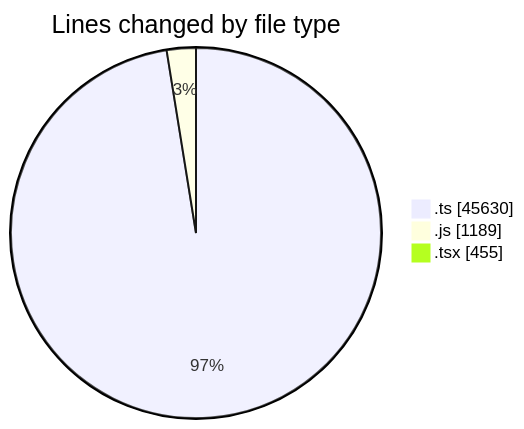
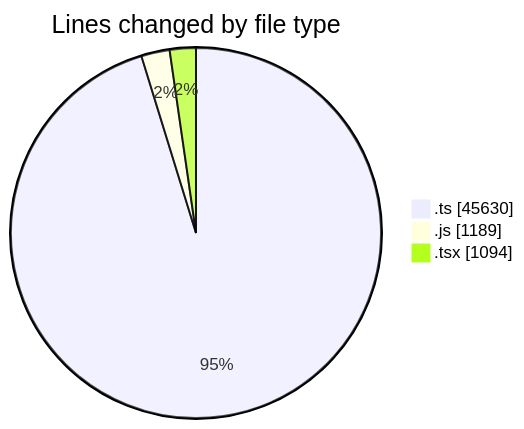
The first of 2 diagrams in 2026-11-03/cda/README.md (momahboobian/code-tracking), drawn with Mermaid before and after one commit. The commit also changed other lines of this file and 1 other file, not shown here.

````diff
--- a/2026-11-03/cda/README.md
+++ b/2026-11-03/cda/README.md
@@ -40,7 +41,7 @@
 ```mermaid
 pie showData
 title Lines changed by file type
 ".ts" : 45630
 ".js" : 1189
-".tsx" : 455
+".tsx" : 1094
 ```
````
